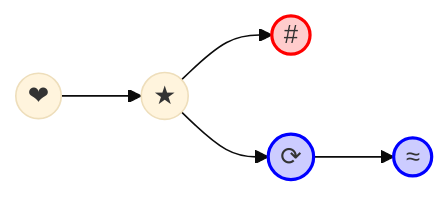
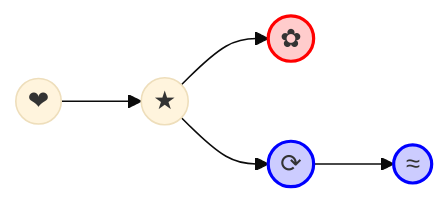
One commit to GreatBahram/5-minute-git changed the first of 4 diagrams in notes/27-git-merge.md. Above: the diagram before and after it, drawn with Mermaid (base theme). The commit also changed other lines of this file, not shown here.

````diff
--- a/notes/27-git-merge.md
+++ b/notes/27-git-merge.md
@@ -9,10 +9,10 @@
 ```mermaid
 graph LR;
     A((❤)) --> B((★));
-    B --> C((#)):::branch1;
+    B --> C((✿)):::branch1;
     B --> D((⟳)):::branch2;
     D --> E((≈)):::branch2;
 
     classDef branch1 fill:#ffcccc,stroke:#ff0000,stroke-width:2px;
     classDef branch2 fill:#ccccff,stroke:#0000ff,stroke-width:2px;
 ```
````
